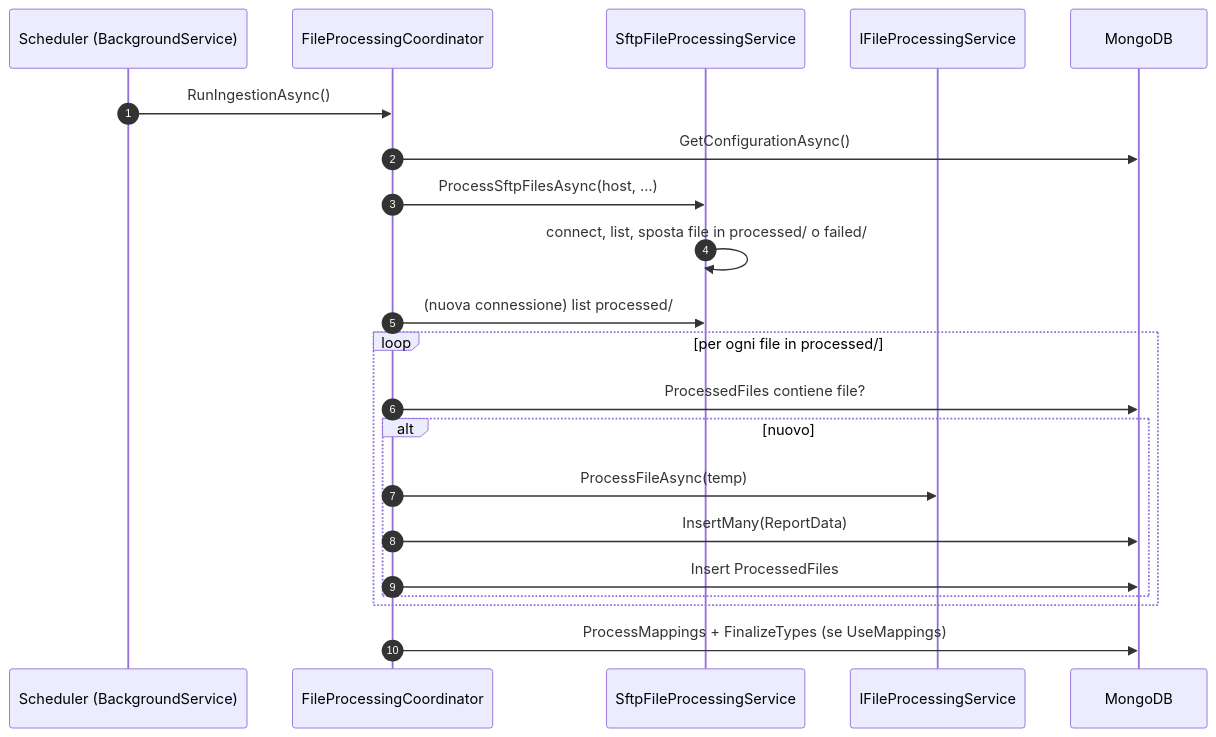
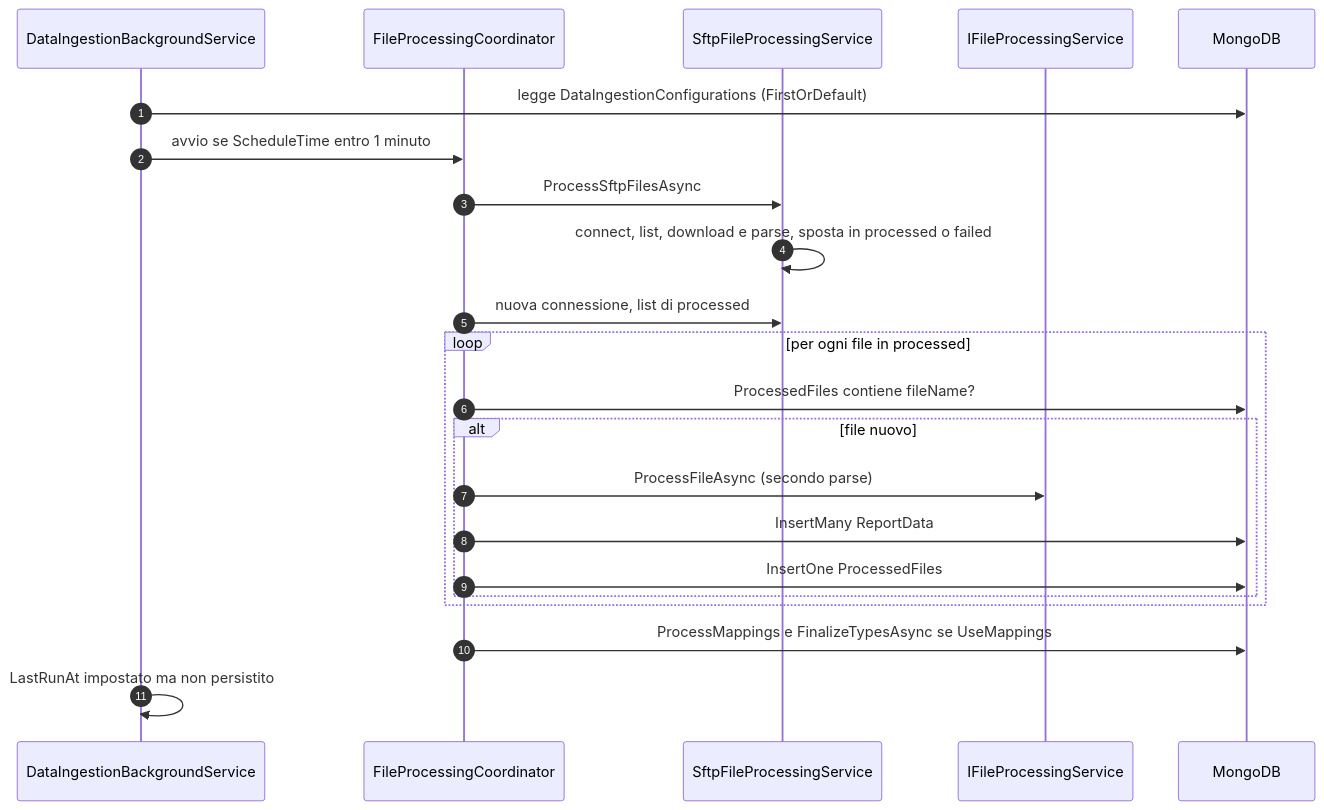
One commit to saristot/LOSS_PREVENTION changed the eighth of 9 diagrams in customspa-it-loss-prevention-d098a8b97860/Docs/06_software_architecture.md. Above: the diagram before and after it, drawn with Mermaid. The commit also changed other lines of this file and 23 other files, not shown here.

````diff
--- a/customspa-it-loss-prevention-d098a8b97860/Docs/06_software_architecture.md
+++ b/customspa-it-loss-prevention-d098a8b97860/Docs/06_software_architecture.md
@@ -162,23 +435,24 @@
 ```mermaid
 sequenceDiagram
   autonumber
-  participant S as Scheduler (BackgroundService)
+  participant S as DataIngestionBackgroundService
   participant C as FileProcessingCoordinator
   participant F as SftpFileProcessingService
   participant P as IFileProcessingService
   participant DB as MongoDB
-  S->>C: RunIngestionAsync()
-  C->>DB: GetConfigurationAsync()
-  C->>F: ProcessSftpFilesAsync(host, …)
-  F->>F: connect, list, sposta file in processed/ o failed/
-  C->>F: (nuova connessione) list processed/
-  loop per ogni file in processed/
-    C->>DB: ProcessedFiles contiene file?
-    alt nuovo
-      C->>P: ProcessFileAsync(temp)
-      C->>DB: InsertMany(ReportData)
-      C->>DB: Insert ProcessedFiles
+  S->>DB: legge DataIngestionConfigurations (FirstOrDefault)
+  S->>C: avvio se ScheduleTime entro 1 minuto
+  C->>F: ProcessSftpFilesAsync
+  F->>F: connect, list, download e parse, sposta in processed o failed
+  C->>F: nuova connessione, list di processed
+  loop per ogni file in processed
+    C->>DB: ProcessedFiles contiene fileName?
+    alt file nuovo
+      C->>P: ProcessFileAsync (secondo parse)
+      C->>DB: InsertMany ReportData
+      C->>DB: InsertOne ProcessedFiles
     end
   end
-  C->>DB: ProcessMappings + FinalizeTypes (se UseMappings)
+  C->>DB: ProcessMappings e FinalizeTypesAsync se UseMappings
+  S->>S: LastRunAt impostato ma non persistito
 ```
````
